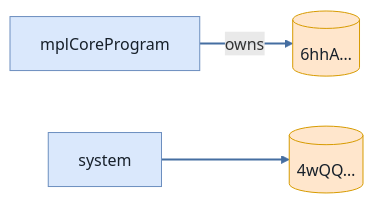
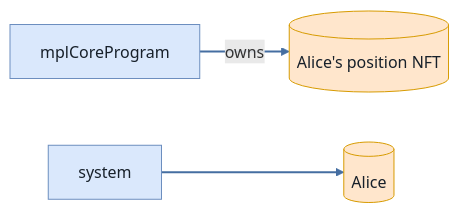
Before and after one commit to cds-turbin3/vesting-position: the ninth of 9 diagrams in babelfish-tests/test-report/transfer_blocked_when_collection_frozen.md, drawn with Mermaid. The commit also changed other lines of this file and 104 other files, not shown here.

````diff
--- a/babelfish-tests/test-report/transfer_blocked_when_collection_frozen.md
+++ b/babelfish-tests/test-report/transfer_blocked_when_collection_frozen.md
@@ -401,13 +403,13 @@
 ```mermaid
 flowchart LR
     mplCoreProgram["mplCoreProgram"]:::program
-    n6hhA[("6hhA…")]:::state
+    AlicespositionNFT[("Alice's position NFT")]:::state
     system["system"]:::program
-    n4wQQ[("4wQQ…")]:::state
-    mplCoreProgram -->|owns| n6hhA
-    system --> n4wQQ
+    Alice[("Alice")]:::state
+    mplCoreProgram -->|owns| AlicespositionNFT
+    system --> Alice
     classDef program fill:#dae8fc,stroke:#6c8ebf,color:#17202a;
     classDef signer fill:#d5e8d4,stroke:#82b366,color:#17202a;
     classDef state fill:#ffe6cc,stroke:#d79b00,color:#17202a;
     linkStyle 0,1 stroke:#456ea1,stroke-width:2px
 ```
````
